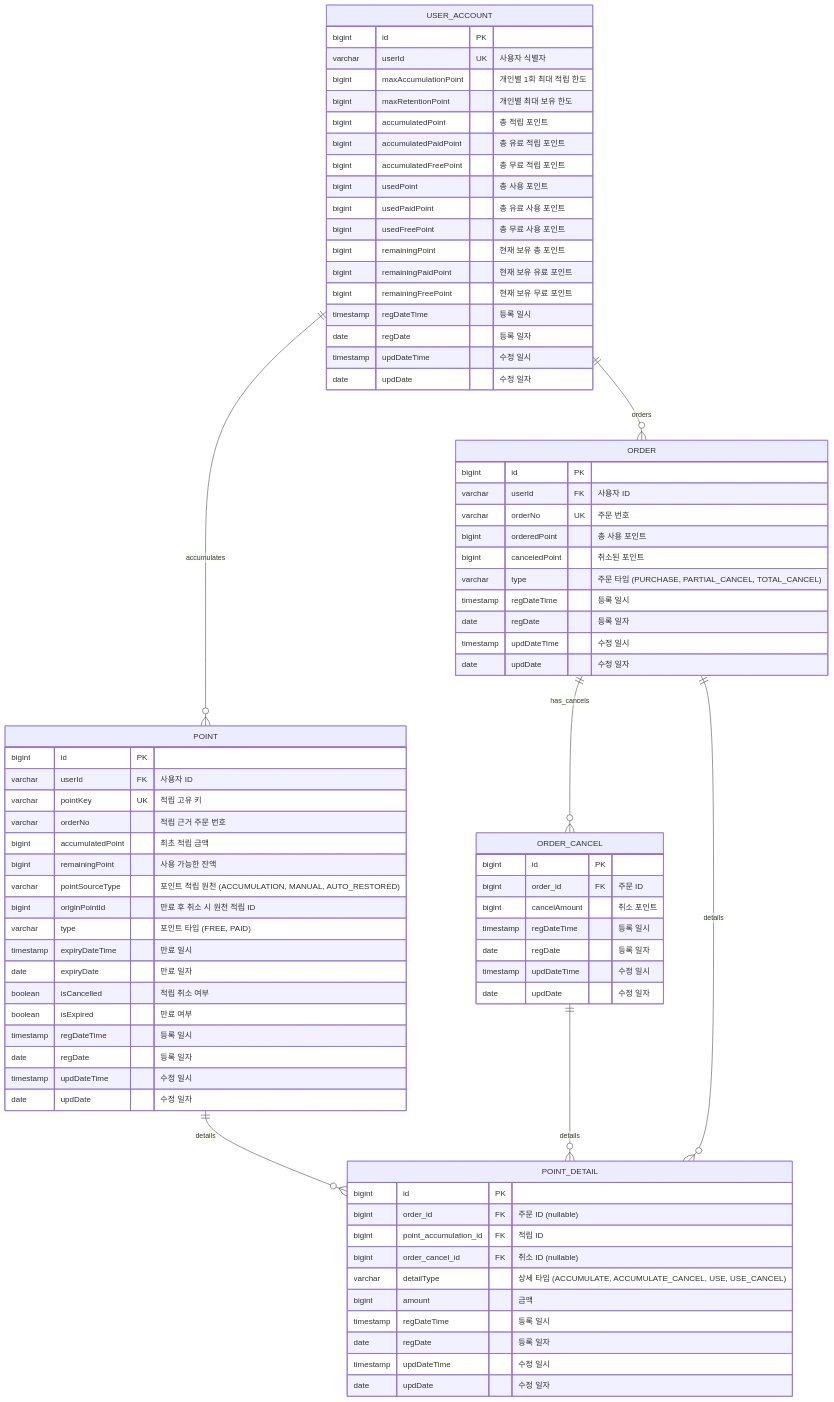
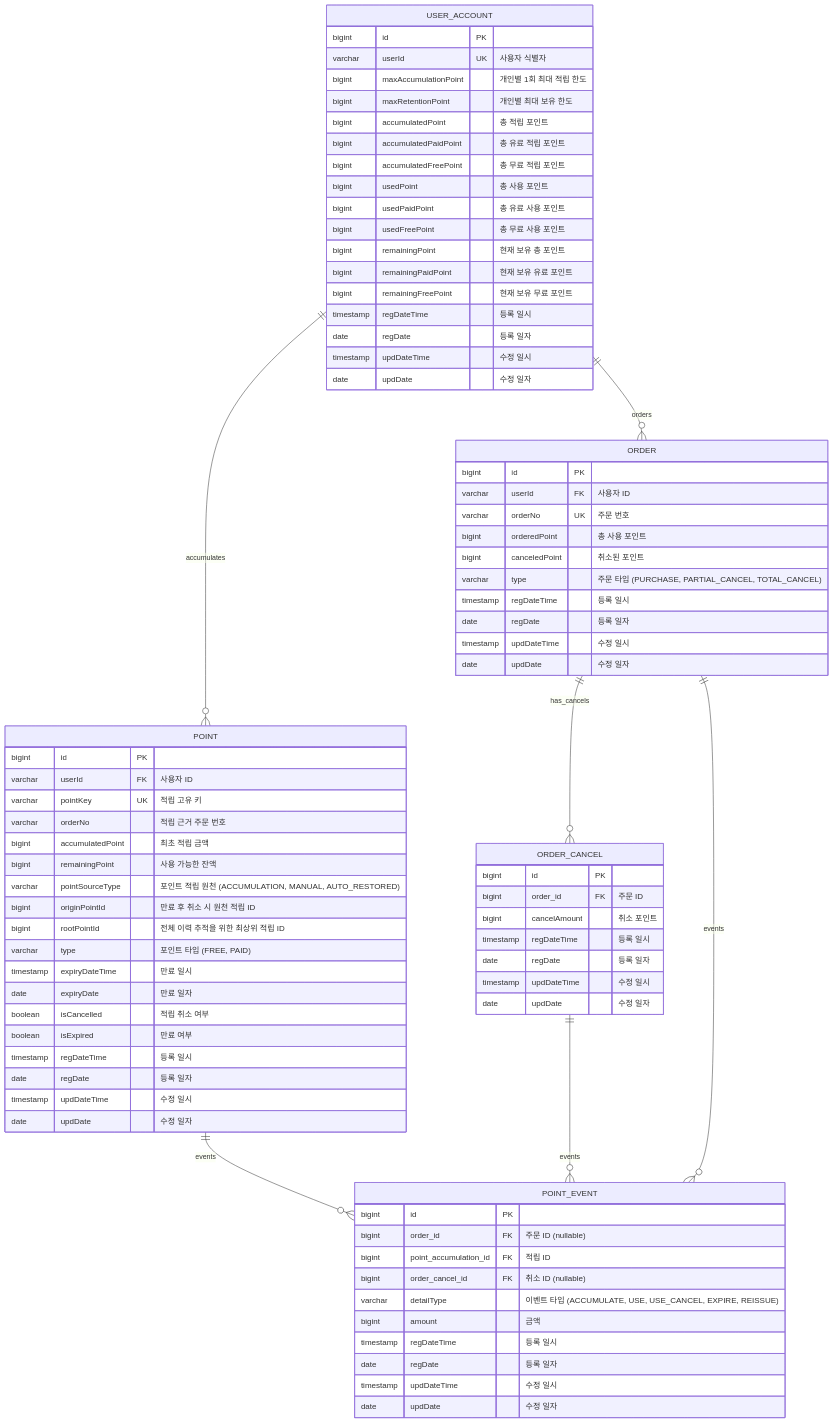
Before and after one commit to muzzaiwork/point: the diagram in docs/데이터베이스 설계.md, drawn with Mermaid. The commit also changed other lines of this file and 15 other files, not shown here.

Commit message:
PointEvent 도입 및 rootPointId 추가 등 설계 변경 사항 반영

```diff
--- a/docs/데이터베이스 설계.md
+++ b/docs/데이터베이스 설계.md
@@ -7,9 +7,9 @@
     USER_ACCOUNT ||--o{ POINT : "accumulates"
     USER_ACCOUNT ||--o{ ORDER : "orders"
     ORDER ||--o{ ORDER_CANCEL : "has_cancels"
-    ORDER ||--o{ POINT_DETAIL : "details"
-    POINT ||--o{ POINT_DETAIL : "details"
-    ORDER_CANCEL ||--o{ POINT_DETAIL : "details"
+    ORDER ||--o{ POINT_EVENT : "events"
+    POINT ||--o{ POINT_EVENT : "events"
+    ORDER_CANCEL ||--o{ POINT_EVENT : "events"
 
     USER_ACCOUNT {
         bigint id PK
@@ -40,6 +40,7 @@
         bigint remainingPoint "사용 가능한 잔액"
         varchar pointSourceType "포인트 적립 원천 (ACCUMULATION, MANUAL, AUTO_RESTORED)"
         bigint originPointId "만료 후 취소 시 원천 적립 ID"
+        bigint rootPointId "전체 이력 추적을 위한 최상위 적립 ID"
         varchar type "포인트 타입 (FREE, PAID)"
         timestamp expiryDateTime "만료 일시"
         date expiryDate "만료 일자"
@@ -74,12 +75,12 @@
         date updDate "수정 일자"
     }
 
-    POINT_DETAIL {
+    POINT_EVENT {
         bigint id PK
         bigint order_id FK "주문 ID (nullable)"
         bigint point_accumulation_id FK "적립 ID"
         bigint order_cancel_id FK "취소 ID (nullable)"
-        varchar detailType "상세 타입 (ACCUMULATE, ACCUMULATE_CANCEL, USE, USE_CANCEL)"
+        varchar detailType "이벤트 타입 (ACCUMULATE, USE, USE_CANCEL, EXPIRE, REISSUE)"
         bigint amount "금액"
         timestamp regDateTime "등록 일시"
         date regDate "등록 일자"
```
